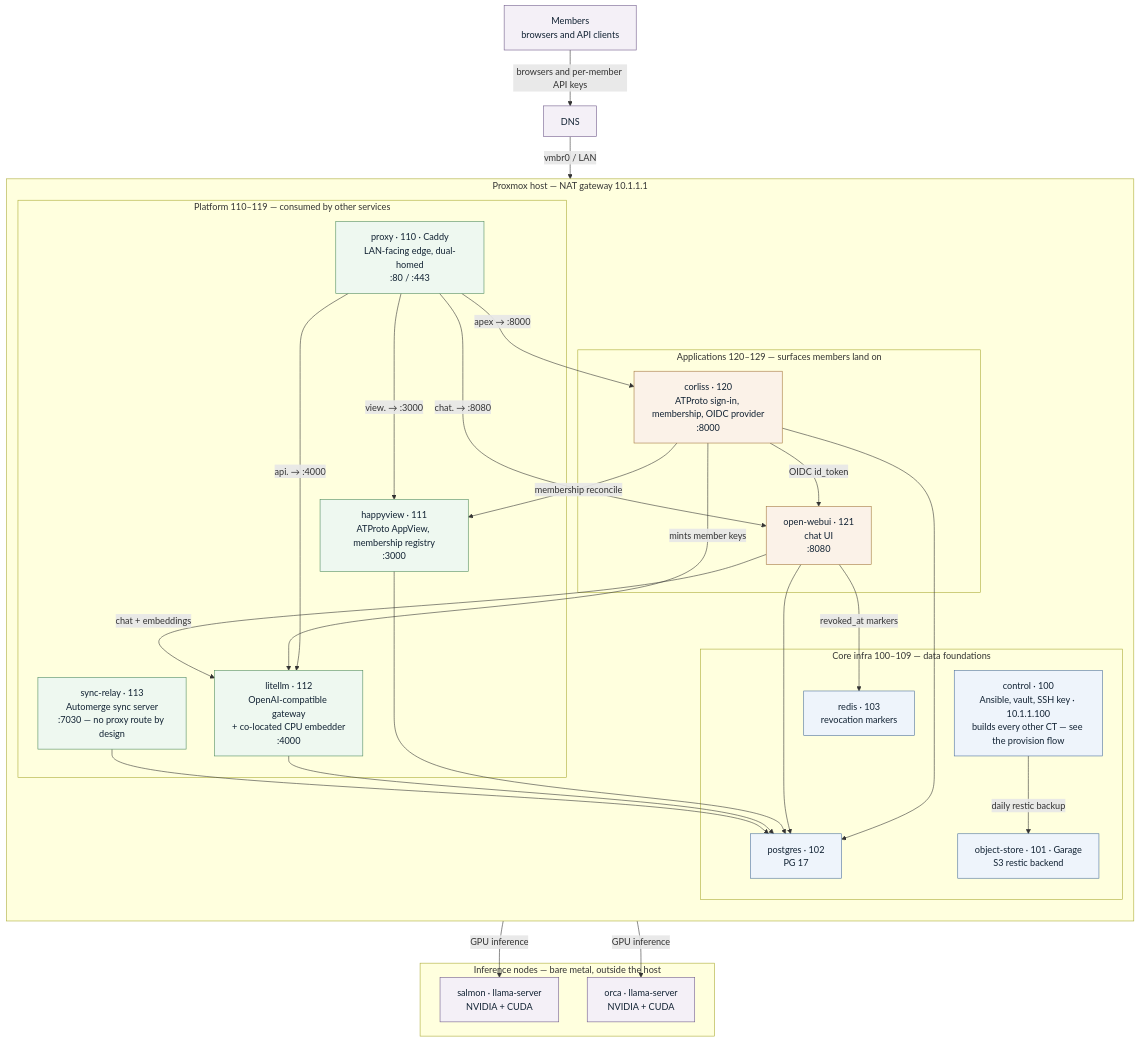
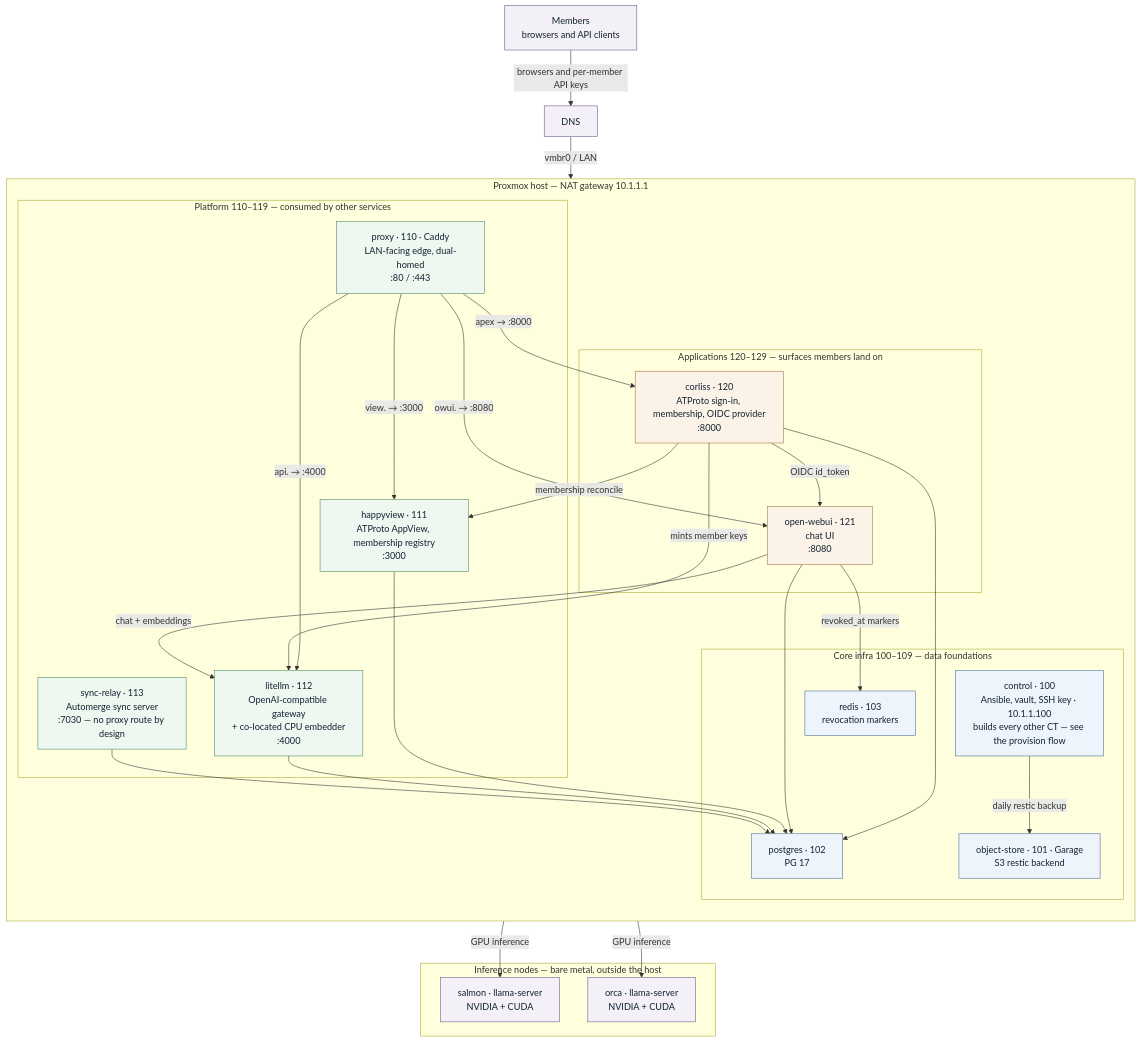
One commit to Z-Space-Society/zai-ops changed the first of 4 diagrams in docs/diagrams.md. Above: the diagram before and after it, drawn with Mermaid. The commit also changed other lines of this file and 11 other files, not shown here.

````diff
--- a/docs/diagrams.md
+++ b/docs/diagrams.md
@@ -26,66 +26,66 @@
 ```mermaid
 flowchart TB
     members["Members<br/>browsers and API clients"]
     cf["DNS"]
 
     subgraph host["Proxmox host — NAT gateway 10.1.1.1"]
         direction TB
 
         subgraph app["Applications 120–129 — surfaces members land on"]
             corliss["corliss · 120<br/>ATProto sign-in, membership, OIDC provider<br/>:8000"]
             owui["open-webui · 121<br/>chat UI<br/>:8080"]
         end
 
         subgraph plat["Platform 110–119 — consumed by other services"]
             proxy["proxy · 110 · Caddy<br/>LAN-facing edge, dual-homed<br/>:80 / :443"]
             happyview["happyview · 111<br/>ATProto AppView, membership registry<br/>:3000"]
             litellm["litellm · 112<br/>OpenAI-compatible gateway<br/>+ co-located CPU embedder<br/>:4000"]
             relay["sync-relay · 113<br/>Automerge sync server<br/>:7030 — no proxy route by design"]
         end
 
         subgraph core["Core infra 100–109 — data foundations"]
             control["control · 100<br/>Ansible, vault, SSH key · 10.1.1.100<br/>builds every other CT — see the provision flow"]
             objstore["object-store · 101 · Garage<br/>S3 restic backend"]
             postgres["postgres · 102<br/>PG 17"]
             redis["redis · 103<br/>revocation markers"]
         end
     end
 
     subgraph inf["Inference nodes — bare metal, outside the host"]
         salmon["salmon · llama-server<br/>NVIDIA + CUDA"]
         orca["orca · llama-server<br/>NVIDIA + CUDA"]
     end
 
     members -->|"browsers and per-member API keys"| cf
     cf -->|"vmbr0 / LAN"| proxy
 
     proxy -->|"apex → :8000"| corliss
-    proxy -->|"chat. → :8080"| owui
+    proxy -->|"owui. → :8080"| owui
     proxy -->|"api. → :4000"| litellm
     proxy -->|"view. → :3000"| happyview
 
     corliss -->|"OIDC id_token"| owui
     corliss -->|"membership reconcile"| happyview
     corliss -->|"mints member keys"| litellm
     owui -->|"chat + embeddings"| litellm
     owui -->|"revoked_at markers"| redis
     litellm -->|"GPU inference"| salmon
     litellm -->|"GPU inference"| orca
 
     corliss --> postgres
     owui --> postgres
     happyview --> postgres
     litellm --> postgres
     relay --> postgres
 
     control -->|"daily restic backup"| objstore
 
     classDef tierCore fill:#eef4fb,stroke:#4a6f9c,color:#123
     classDef tierPlat fill:#eef8f0,stroke:#4d8a5e,color:#123
     classDef tierApp fill:#fbf2e8,stroke:#a3763c,color:#123
     classDef outside fill:#f4f0f7,stroke:#6f5a8a,color:#123
     class control,objstore,postgres,redis tierCore
     class proxy,happyview,litellm,relay tierPlat
     class corliss,owui tierApp
     class salmon,orca,members,cf outside
 ```
````
